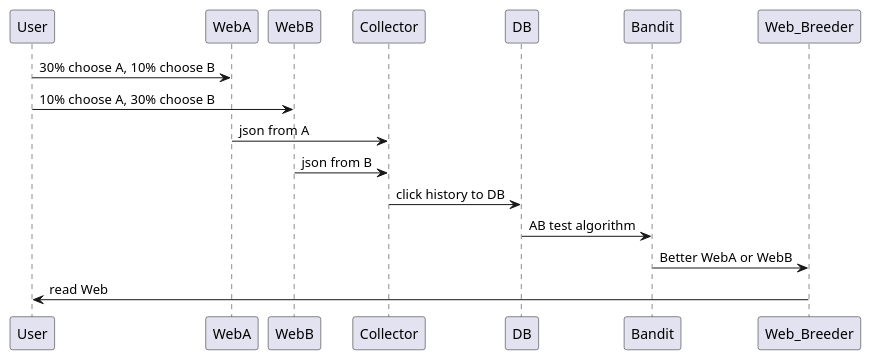
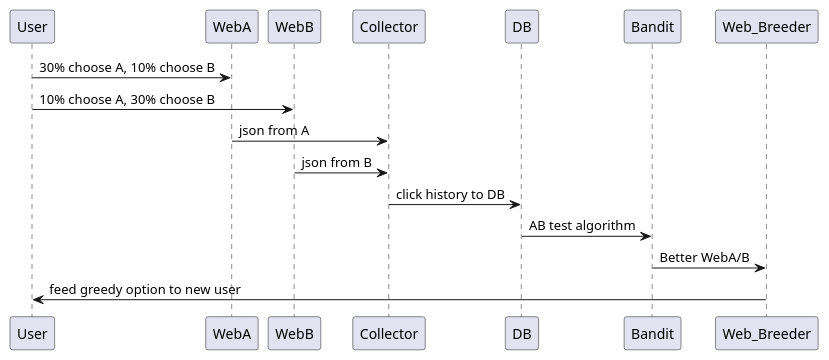
The diagram in 20220504_homework/README.md (blankaII/my_bandit_test), drawn with PlantUML before and after one commit. The commit also changed other lines of this file, not shown here.

```diff
--- a/20220504_homework/README.md
+++ b/20220504_homework/README.md
@@ -34,10 +34,10 @@
 @startuml
 User -> WebA : 30% choose A, 10% choose B
 User -> WebB : 10% choose A, 30% choose B
 WebA -> Collector : json from A
 WebB -> Collector : json from B
 Collector -> DB : click history to DB
 DB -> Bandit : AB test algorithm
-Bandit -> Web_Breeder : Better WebA or WebB
-Web_Breeder -> User : read Web
+Bandit -> Web_Breeder : Better WebA/B
+Web_Breeder -> User : feed greedy option to new user
 @enduml
```
